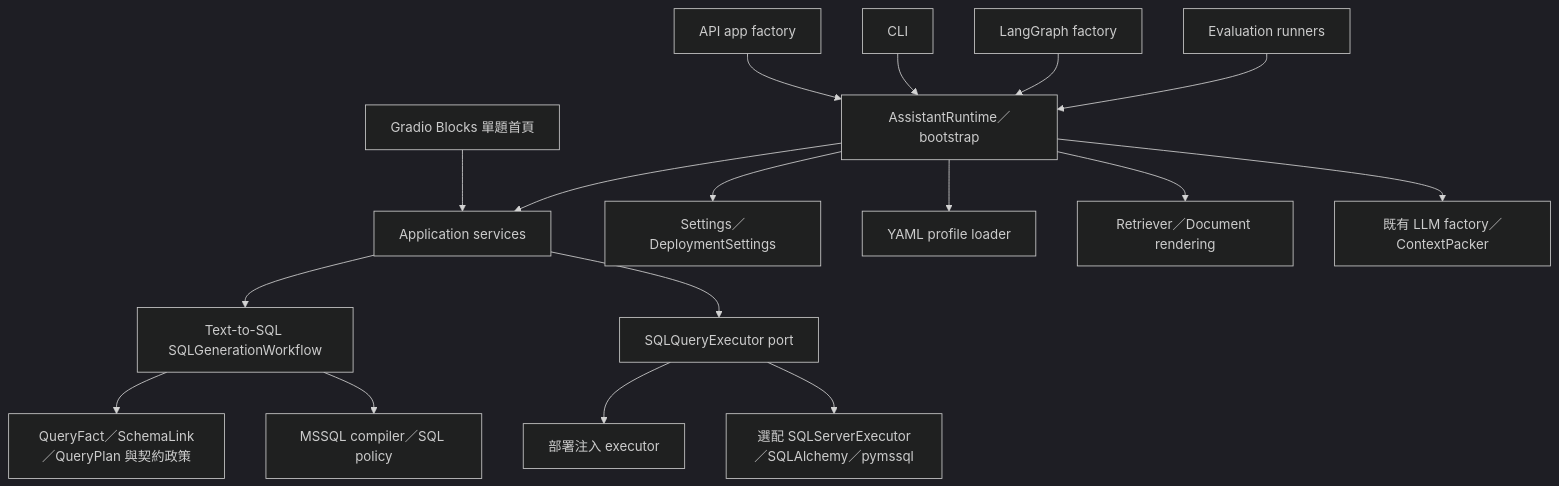
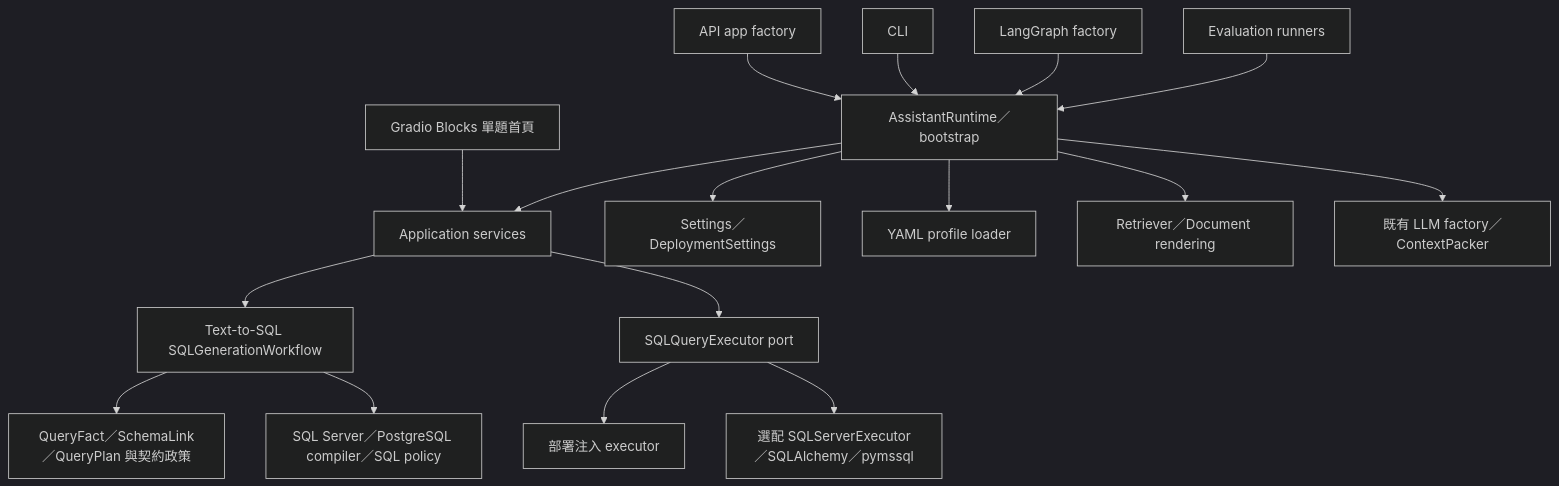
One commit to willy50414z/cpea changed the diagram in docs/architecture.md. Above: the diagram before and after it, drawn with Mermaid (dark theme). The commit also changed other lines of this file and 228 other files, not shown here.

Commit message:
chore: snapshot PostgreSQL support and retail query improvements

````diff
--- a/docs/architecture.md
+++ b/docs/architecture.md
@@ -5,19 +5,19 @@
 ```mermaid
 flowchart TD
     UI[Gradio Blocks 單題首頁] --> APP
     API[API app factory] --> B[AssistantRuntime／bootstrap]
     CLI[CLI] --> B
     GRAPH[LangGraph factory] --> B
     EVAL[Evaluation runners] --> B
     B --> CONF[Settings／DeploymentSettings]
     B --> CATALOG[YAML profile loader]
     B --> RET[Retriever／Document rendering]
     B --> LLM[既有 LLM factory／ContextPacker]
     B --> APP[Application services]
     APP --> W[Text-to-SQL SQLGenerationWorkflow]
     W --> P[QueryFact／SchemaLink／QueryPlan 與契約政策]
-    W --> COMP[MSSQL compiler／SQL policy]
+    W --> COMP[SQL Server／PostgreSQL compiler／SQL policy]
     APP --> EXEC[SQLQueryExecutor port]
     EXEC --> INJECT[部署注入 executor]
     EXEC --> DB[選配 SQLServerExecutor／SQLAlchemy／pymssql]
 ```
````
